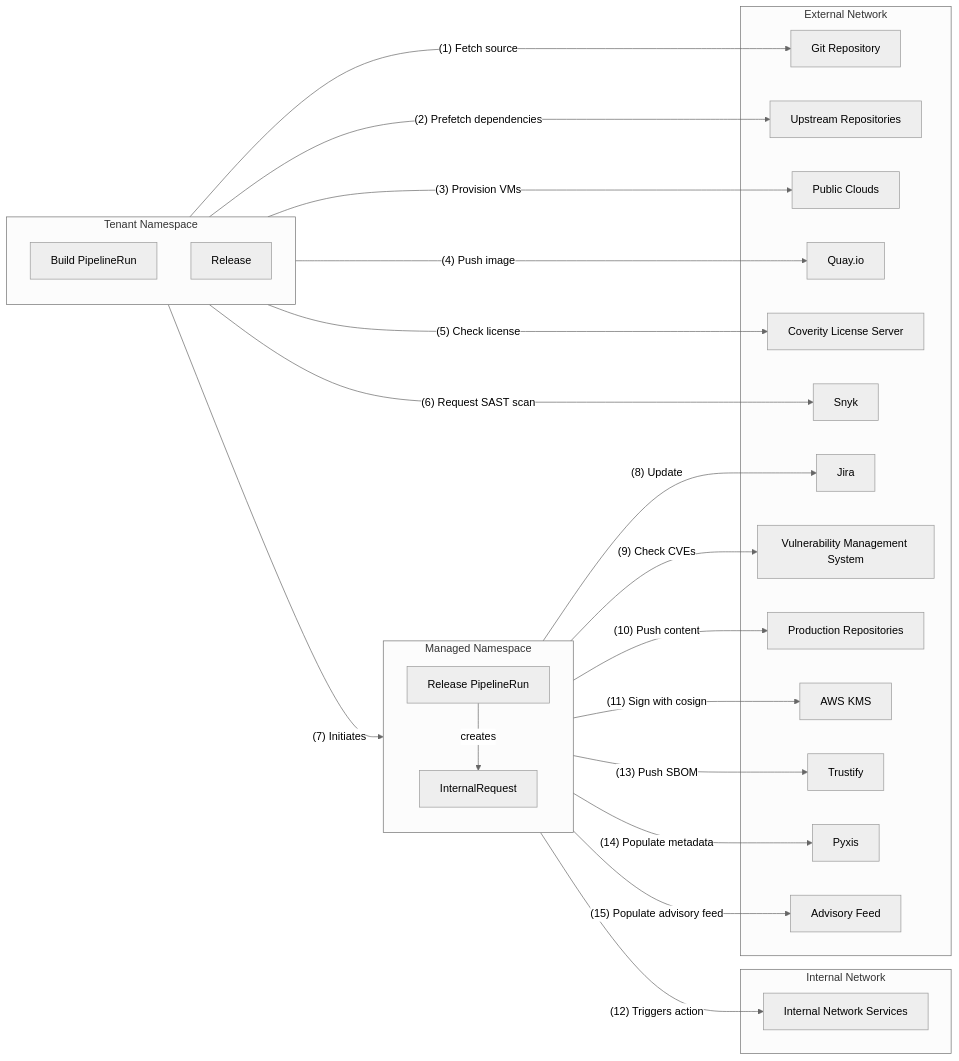
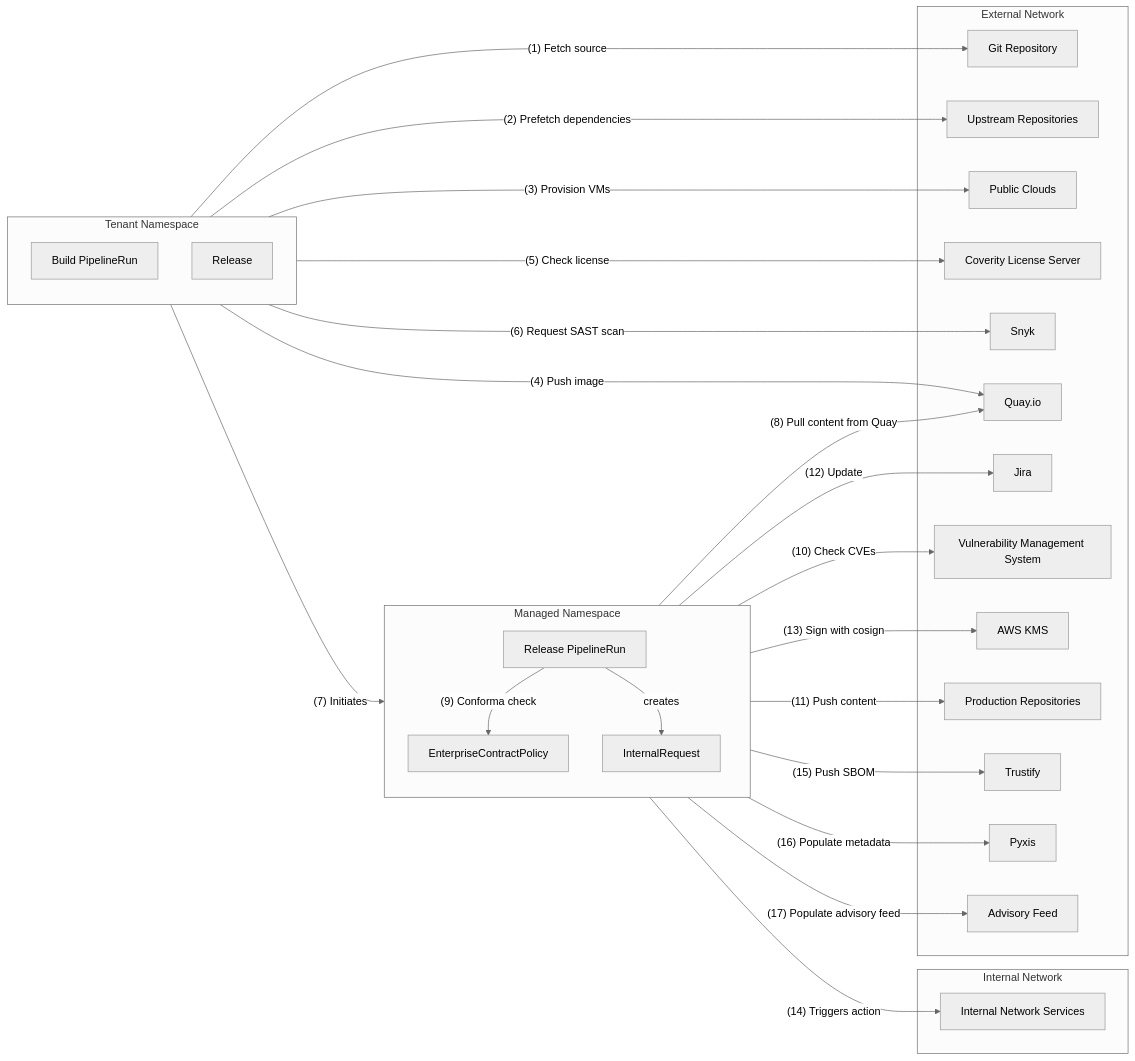
The third of 3 diagrams in architecture/index.md (konflux-ci/architecture), drawn with Mermaid (neutral theme) before and after one commit. The commit also changed other lines of this file, not shown here.

````diff
--- a/architecture/index.md
+++ b/architecture/index.md
@@ -280,51 +280,54 @@
 ```mermaid
 graph LR
     subgraph tn[Tenant Namespace]
         direction TB
         bpr["Build PipelineRun"]
         r["Release"]
     end
 
     subgraph mn[Managed Namespace]
         direction TB
         rpr["Release PipelineRun"]
         ir["InternalRequest"]
+        ecp["EnterpriseContractPolicy"]
+    end
+
+    subgraph int_net[Internal Network]
+        ins[Internal Network Services]
     end
 
     subgraph ext[External Network]
         git[Git Repository]
         upstream_repos["Upstream Repositories"]
         clouds[Public Clouds]
-        quay[Quay.io]
         coverity[Coverity License Server]
         snyk[Snyk]
+        quay[Quay.io]
         jira[Jira]
         vms[Vulnerability Management System]
+        awskms[AWS KMS]
         prod_repos["Production Repositories"]
-        awskms[AWS KMS]
         trustify[Trustify]
         pyxis[Pyxis]
         advisory_feed[Advisory Feed]
-    end
-
-    subgraph int_net[Internal Network]
-        ins[Internal Network Services]
     end
 
     bpr -- "(1) Fetch source" --> git
     bpr -- "(2) Prefetch dependencies" --> upstream_repos
     bpr -- "(3) Provision VMs" --> clouds
     bpr -- "(4) Push image" --> quay
     bpr -- "(5) Check license" --> coverity
     bpr -- "(6) Request SAST scan" --> snyk
     r -- "(7) Initiates" --> rpr
-    rpr -- "(8) Update" --> jira
-    rpr -- "(9) Check CVEs" --> vms
-    rpr -- "(10) Push content" --> prod_repos
-    rpr -- "(11) Sign with cosign" --> awskms
+    rpr -- "(8) Pull content from Quay" --> quay
+    rpr -- "(9) Conforma check" --> ecp
+    rpr -- "(10) Check CVEs" --> vms
+    rpr -- "(11) Push content" --> prod_repos
+    rpr -- "(12) Update" --> jira
+    rpr -- "(13) Sign with cosign" --> awskms
     rpr -- "creates" --> ir
-    ir -- "(12) Triggers action" --> ins
-    rpr -- "(13) Push SBOM" --> trustify
-    rpr -- "(14) Populate metadata" --> pyxis
-    rpr -- "(15) Populate advisory feed" --> advisory_feed
+    ir -- "(14) Triggers action" --> ins
+    rpr -- "(15) Push SBOM" --> trustify
+    rpr -- "(16) Populate metadata" --> pyxis
+    rpr -- "(17) Populate advisory feed" --> advisory_feed
 ```
````
